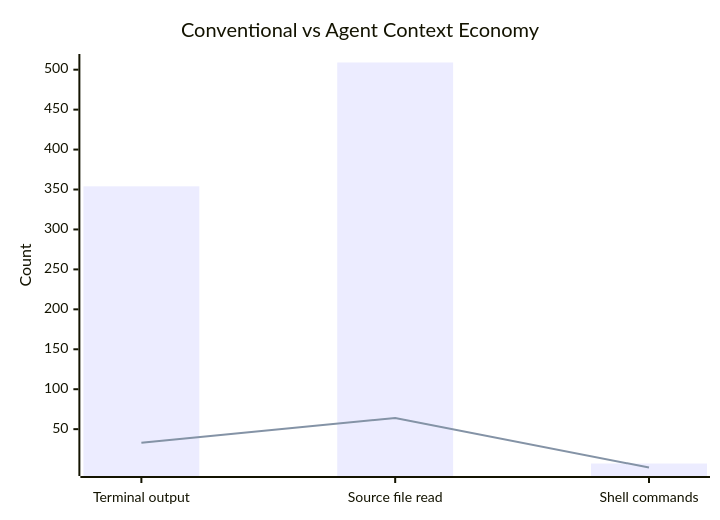
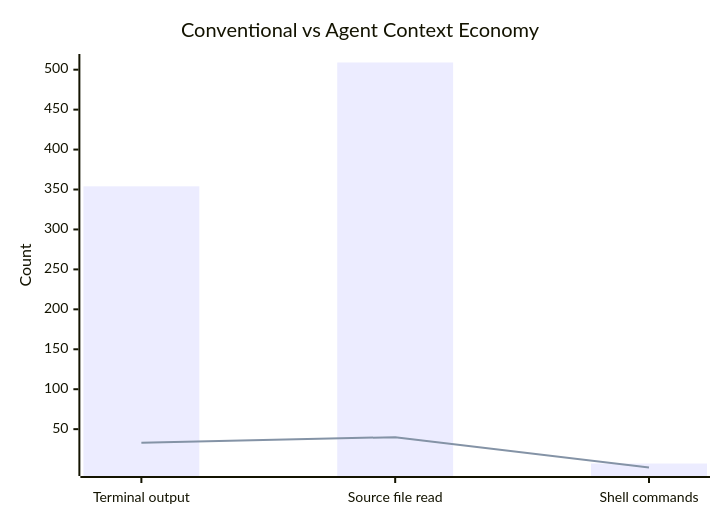
The second of 2 diagrams in benchmark-results/benchmark.md (grafikerdem/agent-context-economy), drawn with Mermaid before and after one commit. The commit also changed other lines of this file and 14 other files, not shown here.

````diff
--- a/benchmark-results/benchmark.md
+++ b/benchmark-results/benchmark.md
@@ -49,8 +49,8 @@
 ```mermaid
 xychart-beta
     title "Conventional vs Agent Context Economy"
     x-axis ["Terminal output", "Source file read", "Shell commands"]
     y-axis "Count"
     bar [354, 509, 7]
-    line [33, 64, 2]
+    line [33, 40, 2]
 ```
````
